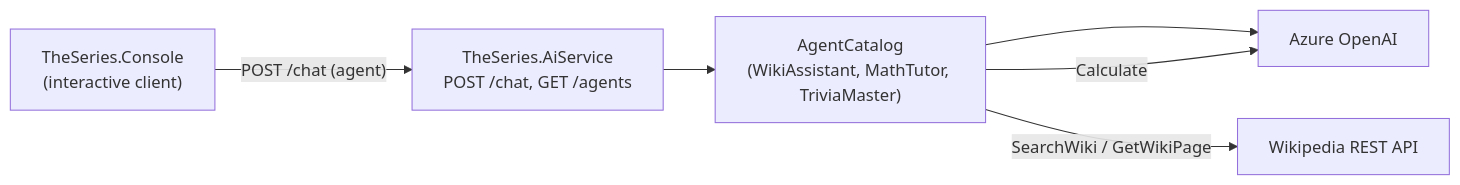
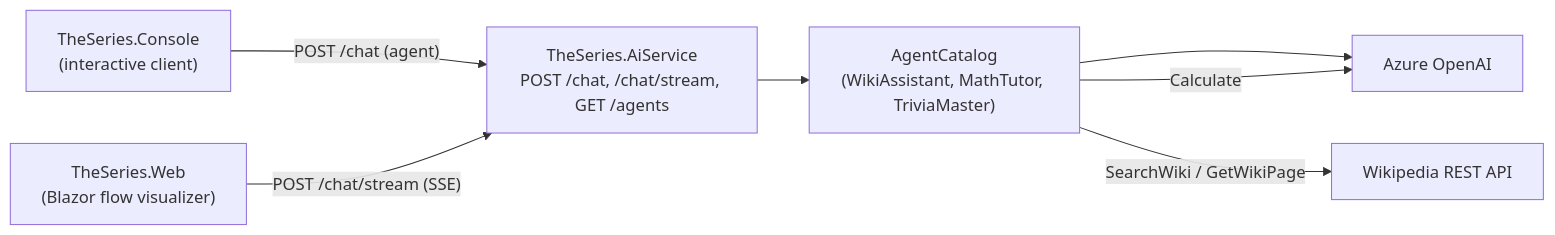
The diagram in README.md (o-viken/AgenticLab), drawn with Mermaid before and after one commit. The commit also changed other lines of this file and 25 other files, not shown here.

````diff
--- a/README.md
+++ b/README.md
@@ -7,14 +7,16 @@
 ```mermaid
 flowchart LR
     Console["TheSeries.Console<br/>(interactive client)"]
-    AiService["TheSeries.AiService<br/>POST /chat, GET /agents"]
+    Web["TheSeries.Web<br/>(Blazor flow visualizer)"]
+    AiService["TheSeries.AiService<br/>POST /chat, /chat/stream, GET /agents"]
     Catalog["AgentCatalog<br/>(WikiAssistant, MathTutor, TriviaMaster)"]
     OpenAI["Azure OpenAI"]
     Wiki["Wikipedia REST API"]
 
     Console -->|"POST /chat (agent)"| AiService
+    Web -->|"POST /chat/stream (SSE)"| AiService
     AiService --> Catalog
     Catalog --> OpenAI
     Catalog -->|"SearchWiki / GetWikiPage"| Wiki
     Catalog -->|"Calculate"| OpenAI
 ```
````
